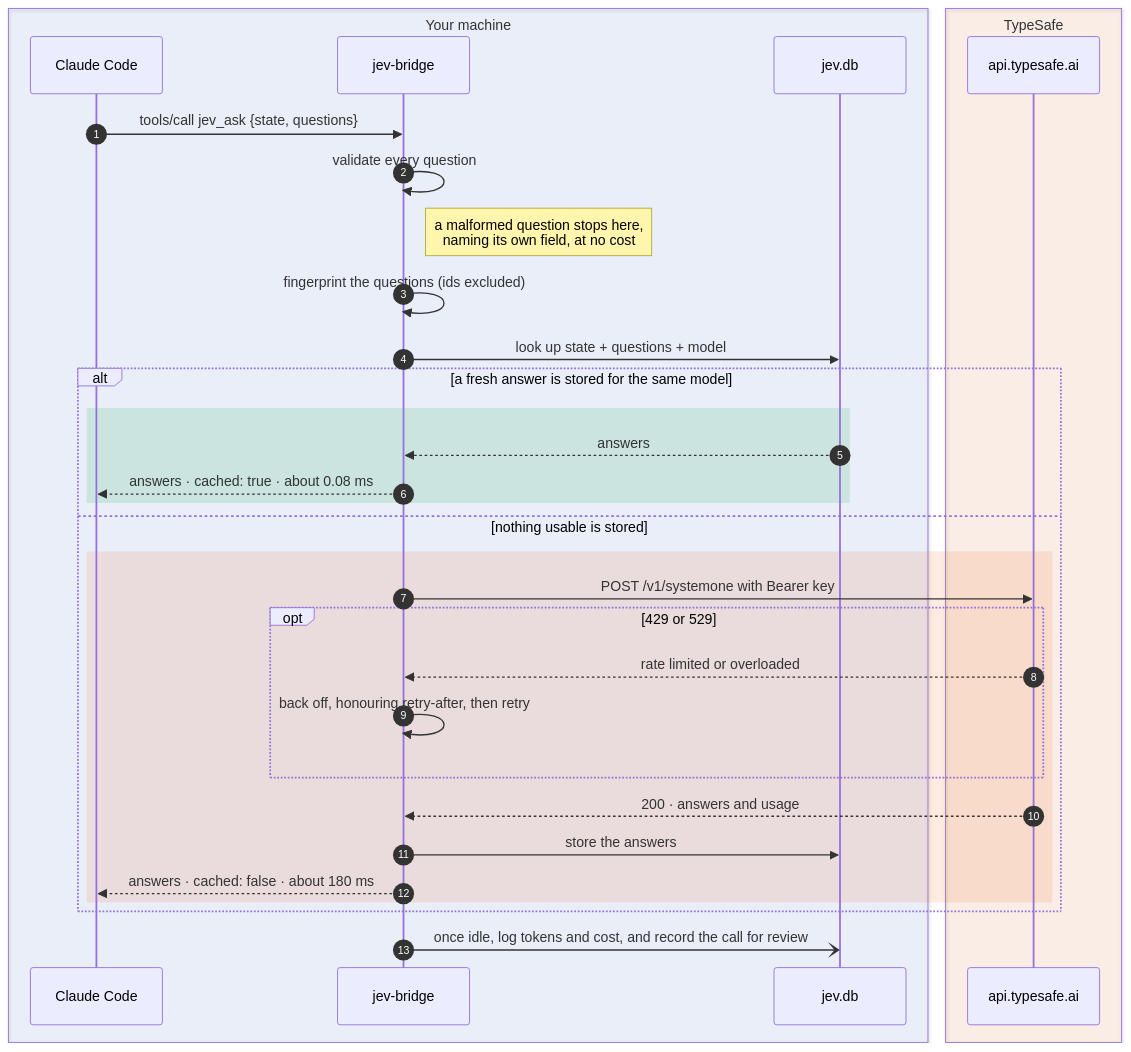
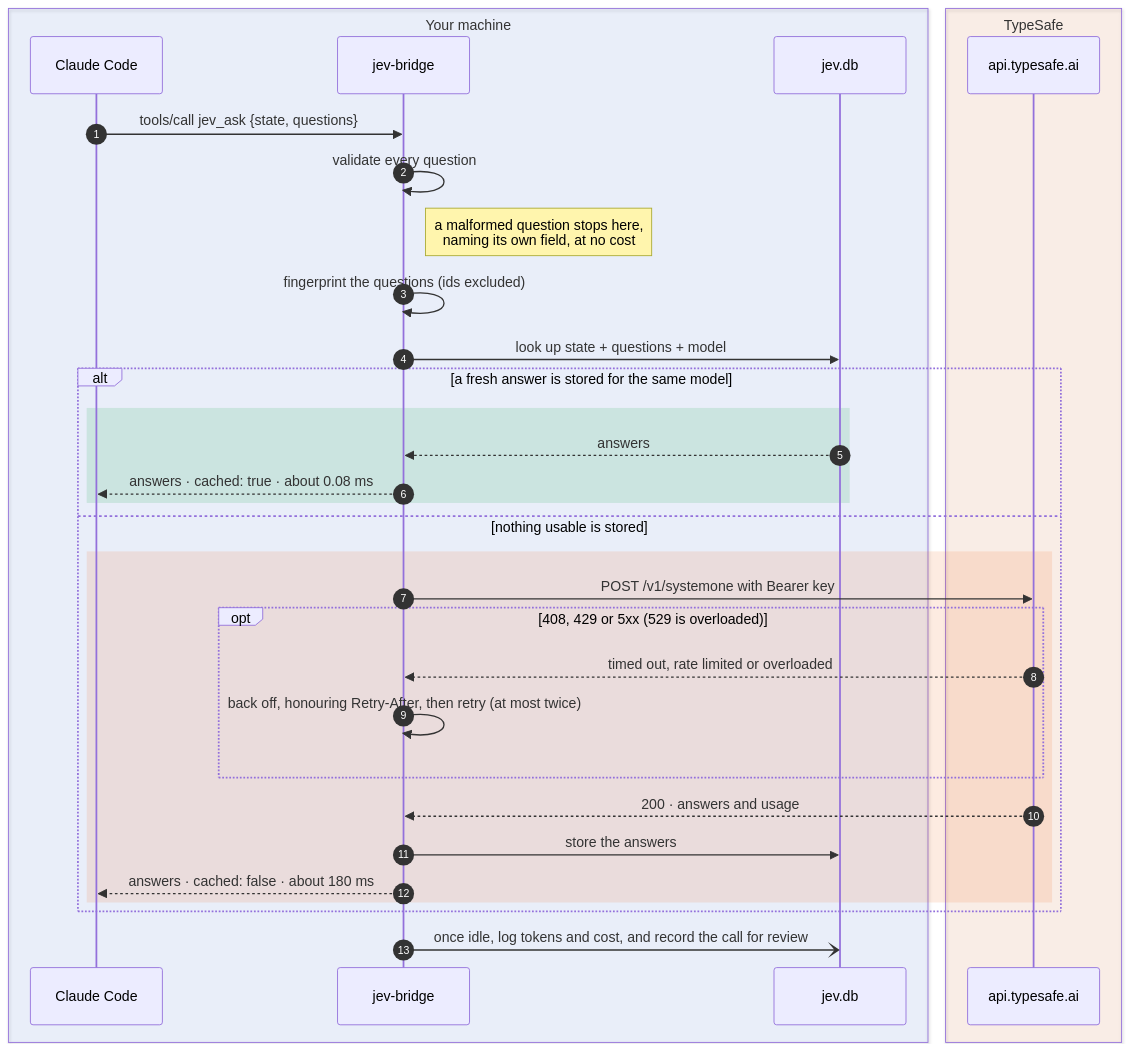
Before and after one commit to lhviet/jev-bridge: the second of 3 diagrams in README.md, drawn with Mermaid. The commit also changed other lines of this file and 82 other files, not shown here.

````diff
--- a/README.md
+++ b/README.md
@@ -155,37 +176,37 @@
 ```mermaid
 sequenceDiagram
   autonumber
   box rgba(37,99,235,0.08) Your machine
     participant C as Claude Code
     participant B as jev-bridge
     participant D as jev.db
   end
   box rgba(234,88,12,0.08) TypeSafe
     participant T as api.typesafe.ai
   end
 
   C->>B: tools/call jev_ask {state, questions}
   B->>B: validate every question
   Note right of B: a malformed question stops here,<br/>naming its own field, at no cost
   B->>B: fingerprint the questions (ids excluded)
   B->>D: look up state + questions + model
 
   alt a fresh answer is stored for the same model
     rect rgba(22,163,74,0.14)
       D-->>B: answers
       B-->>C: answers · cached: true · about 0.08 ms
     end
   else nothing usable is stored
     rect rgba(234,88,12,0.12)
       B->>T: POST /v1/systemone with Bearer key
-      opt 429 or 529
-        T-->>B: rate limited or overloaded
-        B->>B: back off, honouring retry-after, then retry
+      opt 408, 429 or 5xx (529 is overloaded)
+        T-->>B: timed out, rate limited or overloaded
+        B->>B: back off, honouring Retry-After, then retry (at most twice)
       end
       T-->>B: 200 · answers and usage
       B->>D: store the answers
       B-->>C: answers · cached: false · about 180 ms
     end
   end
   B-)D: once idle, log tokens and cost, and record the call for review
 ```
````
